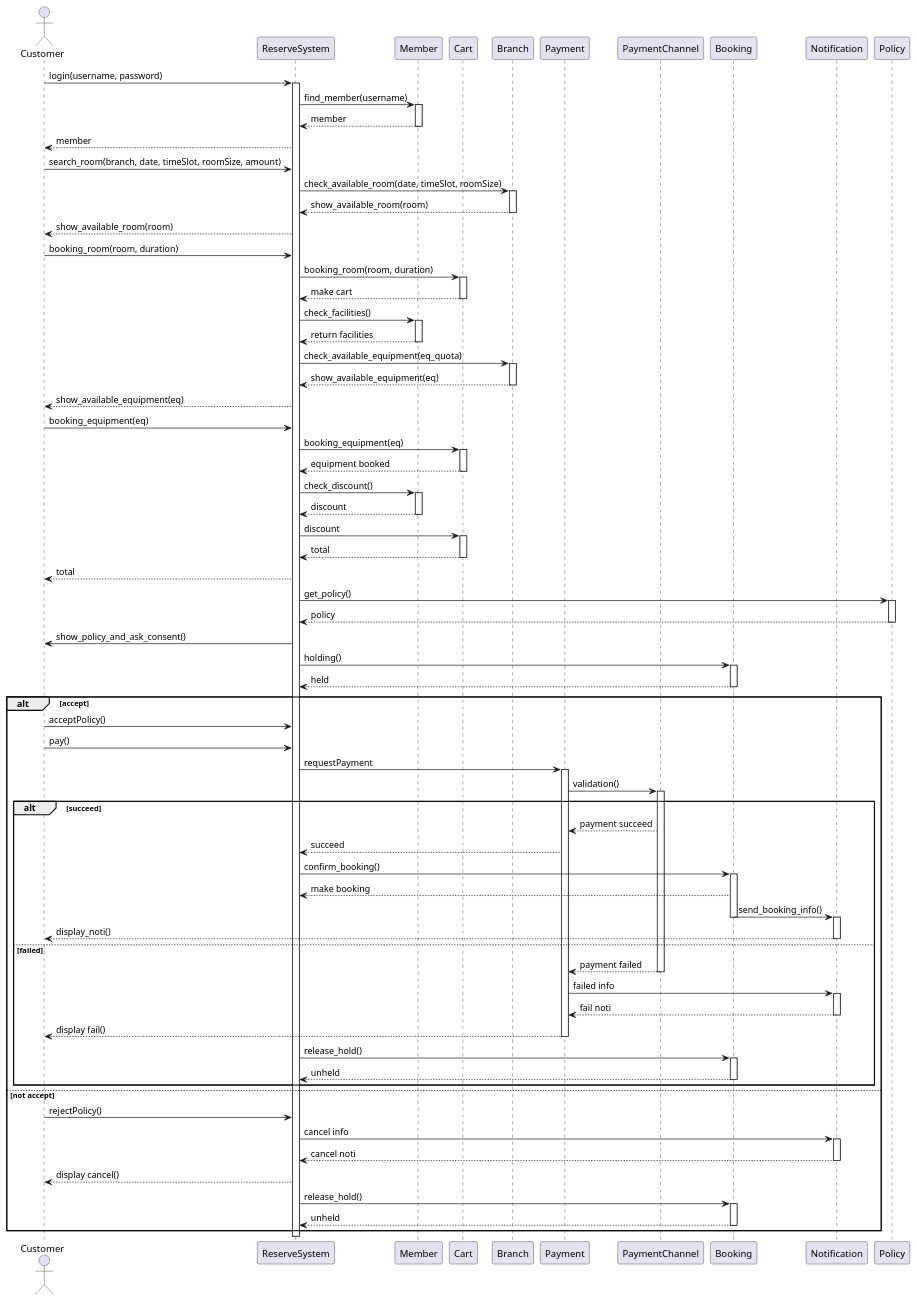
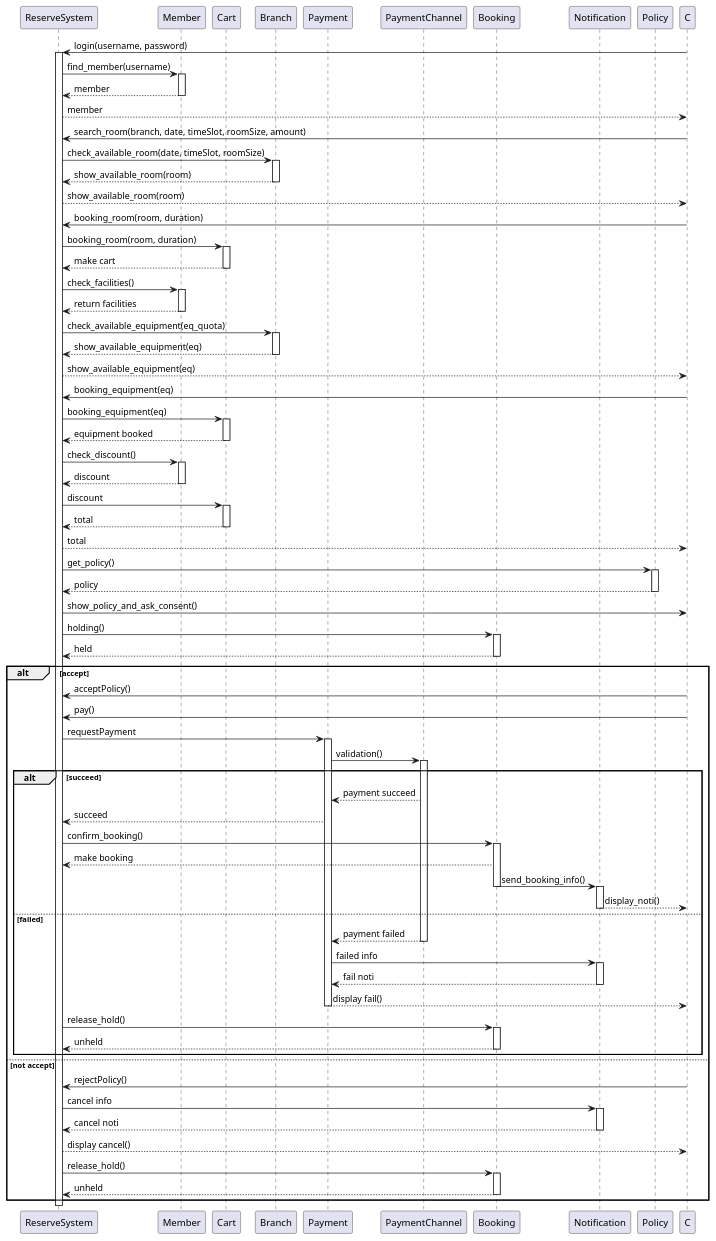
Before and after one commit to pjngth998/RhythmReserve: the diagram in diagram/sequence_diagram/book_practice_room copy.puml, drawn with PlantUML.

Commit message:
git conflict

```diff
--- a/diagram/sequence_diagram/book_practice_room copy.puml
+++ b/diagram/sequence_diagram/book_practice_room copy.puml
@@ -1,131 +1,130 @@
 @startuml
-actor Customer as C
 participant ReserveSystem as Rs
 participant Member as Mb
 participant Cart as Ct
 participant Branch as Br
 participant Payment as Pm
 participant PaymentChannel as Pmch
 participant Booking as B
 participant Notification as N
 participant Policy as P
 
 C -> Rs: login(username, password)
 activate Rs
 Rs -> Mb: find_member(username)
 activate Mb
 
 Mb --> Rs: member
 deactivate Mb
 Rs --> C: member
 
 
 C -> Rs: search_room(branch, date, timeSlot, roomSize, amount)
 
 Rs -> Br: check_available_room(date, timeSlot, roomSize)
 activate Br
 Br --> Rs: show_available_room(room)
 deactivate Br
 Rs --> C: show_available_room(room)
 
 
 C -> Rs: booking_room(room, duration)
 Rs -> Ct: booking_room(room, duration)
 activate Ct
 Ct --> Rs: make cart
 deactivate Ct
 Rs -> Mb: check_facilities()
 activate Mb
 Mb --> Rs: return facilities
 deactivate Mb
 
 
 Rs -> Br: check_available_equipment(eq_quota)
 activate Br
 Br --> Rs: show_available_equipment(eq)
 deactivate Br
 Rs --> C: show_available_equipment(eq)
 
 
 C -> Rs: booking_equipment(eq)
 Rs -> Ct: booking_equipment(eq)
 activate Ct
 Ct --> Rs: equipment booked
 deactivate Ct
 
 Rs -> Mb: check_discount()
 activate Mb
 Mb --> Rs: discount
 deactivate Mb
 Rs -> Ct: discount
 activate Ct
 Ct --> Rs : total
 deactivate Ct
 Rs --> C : total
 
 Rs -> P: get_policy()
 activate P
 P --> Rs: policy
 deactivate P
 
 
 Rs -> C : show_policy_and_ask_consent()
 Rs -> B: holding()
 activate B
 B --> Rs : held
 deactivate B
 alt accept
     C -> Rs : acceptPolicy()
     C -> Rs: pay()
     Rs -> Pm: requestPayment
     activate Pm
     Pm -> Pmch: validation()
     activate Pmch
     alt succeed
         Pmch --> Pm :payment succeed
         
         Pm --> Rs : succeed
          
         Rs -> B: confirm_booking()
         activate B
         B --> Rs: make booking
         B -> N: send_booking_info()
         deactivate B
         activate N
         N --> C: display_noti()
         deactivate N
     else failed
 
         Pmch --> Pm: payment failed
         deactivate Pmch
         Pm -> N: failed info
         
         
         activate N
         N --> Pm: fail noti
         deactivate N
         Pm --> C: display fail()
         deactivate Pm
         Rs -> B: release_hold()
         activate B
         B --> Rs: unheld
         deactivate B
     end
 else not accept
     C -> Rs : rejectPolicy()
     Rs -> N: cancel info
     activate N
     N --> Rs : cancel noti
     deactivate N
     Rs --> C: display cancel()
     Rs -> B: release_hold()
     activate B
     B --> Rs: unheld
     deactivate B
 end
     
 
 
 
 
 @enduml
```
